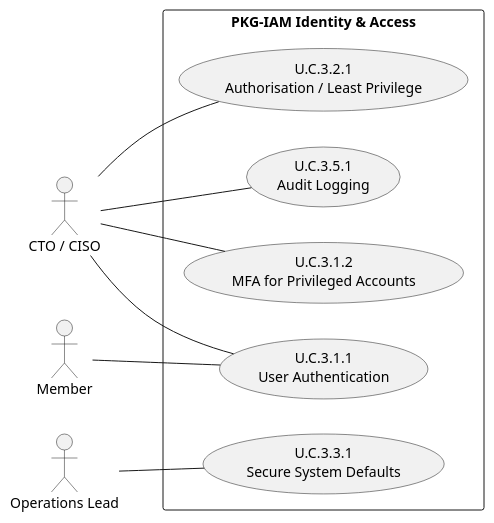
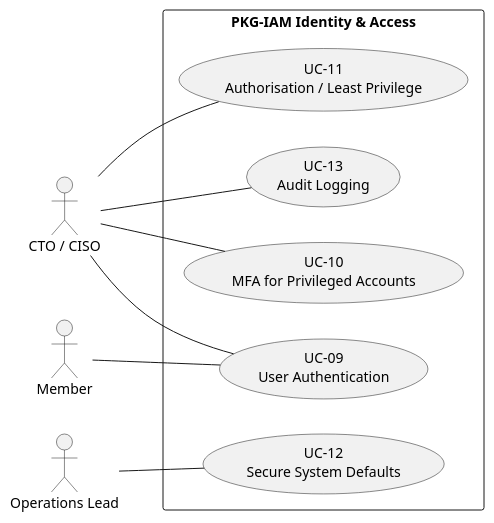
One commit to pauloribeiro16/Methodology_compact changed the ninth of 11 diagrams in 02_CASES/Case_01_TinyTask_SaaS/03_PHASE3_DECOMPOSITION_RICH/annexes/A_Use_Case_Diagrams.md. Above: the diagram before and after it, drawn with PlantUML. The commit also changed other lines of this file and 34 other files, not shown here.

Commit message:
[EXECUTOR] F2 RENUMBER Case_01: U.C.x.y.z flattened → UC-01..40 (compliance 01..17 + product 18..40), two-phase, 20 files, xlsx+builder regenerated, 11 SVGs re-rendered; gates PASS (verify_rich 0, audit 100%, mermaid 192/192, smoke 16/16)

````diff
--- a/02_CASES/Case_01_TinyTask_SaaS/03_PHASE3_DECOMPOSITION_RICH/annexes/A_Use_Case_Diagrams.md
+++ b/02_CASES/Case_01_TinyTask_SaaS/03_PHASE3_DECOMPOSITION_RICH/annexes/A_Use_Case_Diagrams.md
@@ -312,21 +314,21 @@
 ```plantuml
 @startuml
 left to right direction
 actor "CTO / CISO" as CTO
 actor "Operations Lead" as OPS
 actor "Member" as MEM
 rectangle "PKG-IAM Identity & Access" {
-usecase "U.C.3.1.1\nUser Authentication" as UC311
-usecase "U.C.3.1.2\nMFA for Privileged Accounts" as UC312
-usecase "U.C.3.2.1\nAuthorisation / Least Privilege" as UC321
-usecase "U.C.3.3.1\nSecure System Defaults" as UC331
-usecase "U.C.3.5.1\nAudit Logging" as UC351
+usecase "UC-09\nUser Authentication" as UC311
+usecase "UC-10\nMFA for Privileged Accounts" as UC312
+usecase "UC-11\nAuthorisation / Least Privilege" as UC321
+usecase "UC-12\nSecure System Defaults" as UC331
+usecase "UC-13\nAudit Logging" as UC351
 }
 MEM -- UC311
 CTO -- UC311
 CTO -- UC312
 CTO -- UC321
 CTO -- UC351
 OPS -- UC331
 @enduml
 ```
````
